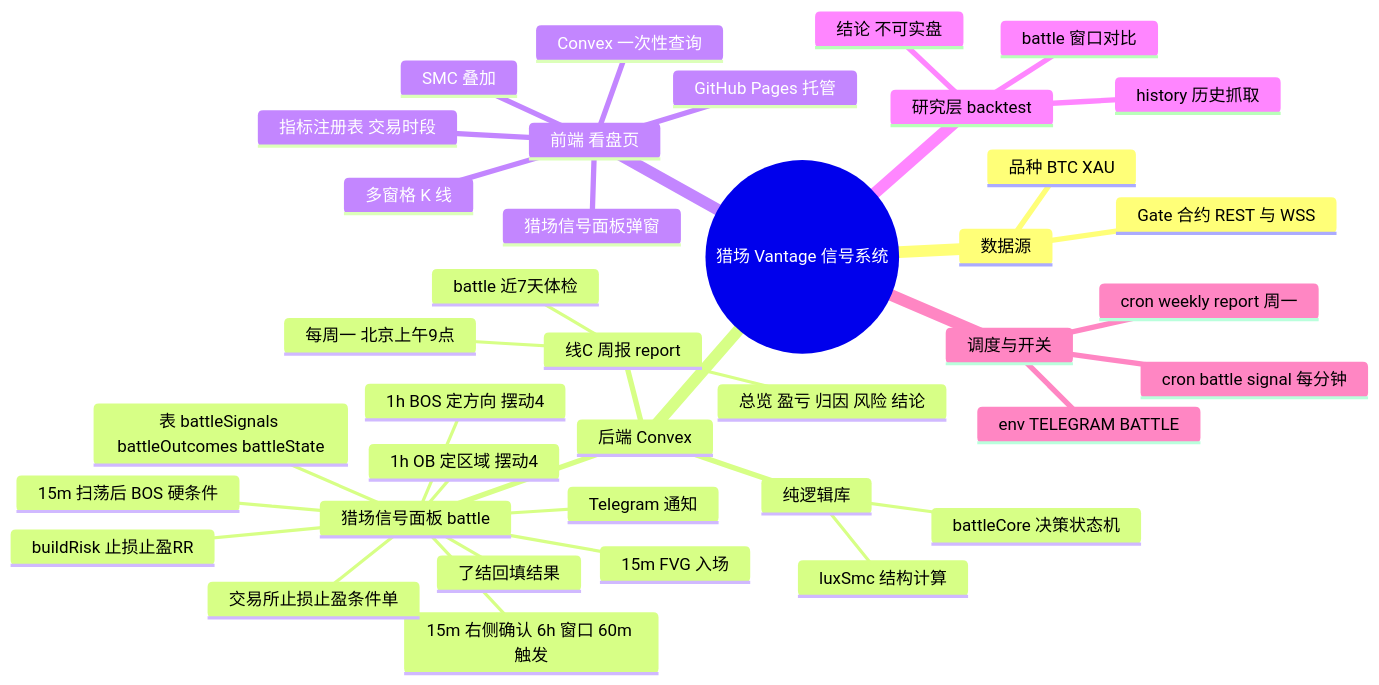
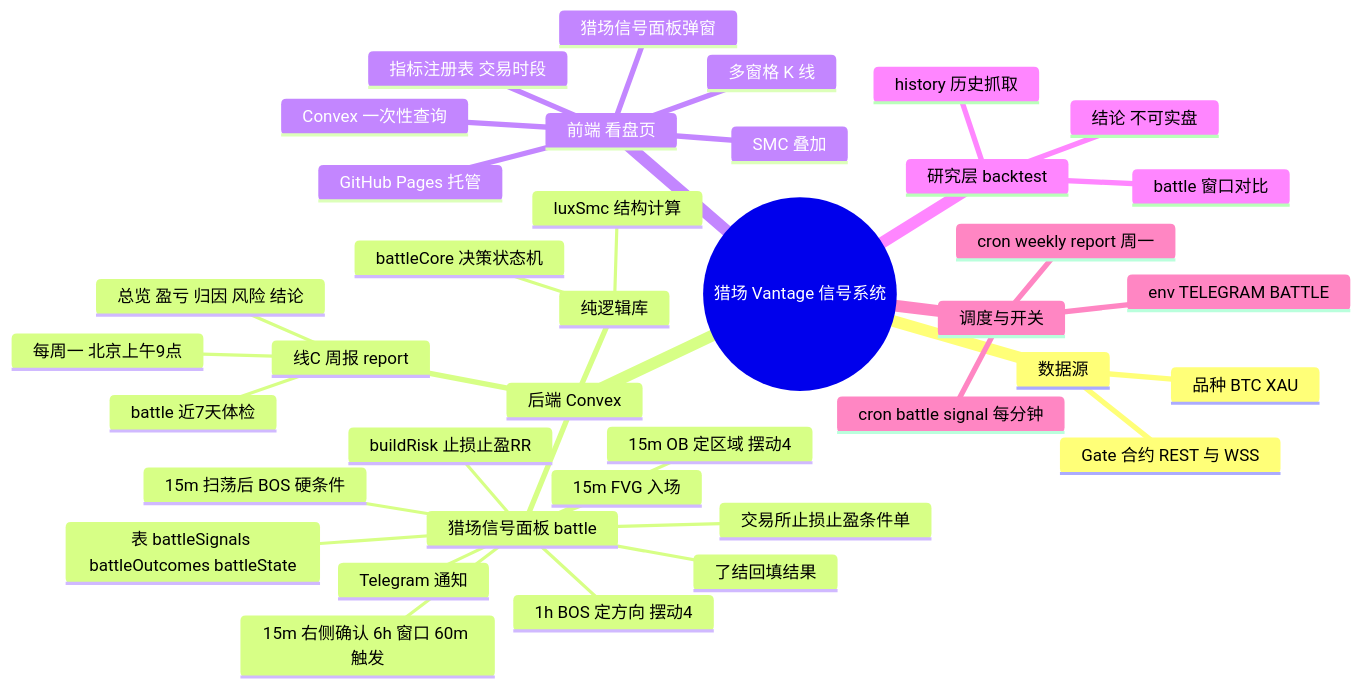
Before and after one commit to wond03/market-alert: the diagram in docs/business-logic/README.md, drawn with Mermaid. The commit also changed other lines of this file and 2 other files, not shown here.

Commit message:
feat(battle): 1h BOS 定方向，15m OB 定区域，15m FVG 入场 Co-authored-by: monkeycode-ai <monkeycode-ai@chaitin.com>

````diff
--- a/docs/business-logic/README.md
+++ b/docs/business-logic/README.md
@@ -8,41 +8,41 @@
 ```mermaid
 mindmap
   root((猎场 Vantage 信号系统))
     数据源
       Gate 合约 REST 与 WSS
       品种 BTC XAU
     后端 Convex
       猎场信号面板 battle
         1h BOS 定方向 摆动4
-        1h OB 定区域 摆动4
+        15m OB 定区域 摆动4
         15m FVG 入场
         15m 扫荡后 BOS 硬条件
         15m 右侧确认 6h 窗口 60m 触发
         buildRisk 止损止盈RR
         交易所止损止盈条件单
         表 battleSignals battleOutcomes battleState
         了结回填结果
         Telegram 通知
       线C 周报 report
         每周一 北京上午9点
         battle 近7天体检
         总览 盈亏 归因 风险 结论
       纯逻辑库
         luxSmc 结构计算
         battleCore 决策状态机
     前端 看盘页
       多窗格 K 线
       SMC 叠加
       指标注册表 交易时段
       猎场信号面板弹窗
       Convex 一次性查询
       GitHub Pages 托管
     研究层 backtest
       battle 窗口对比
       history 历史抓取
       结论 不可实盘
     调度与开关
       cron battle signal 每分钟
       cron weekly report 周一
       env TELEGRAM BATTLE
 ```
````
